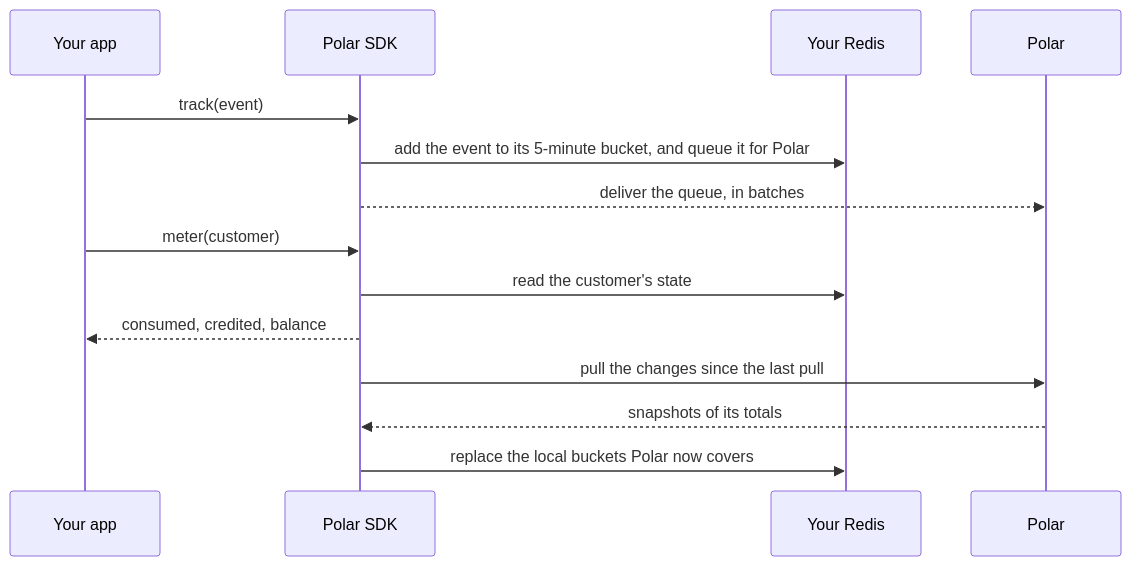
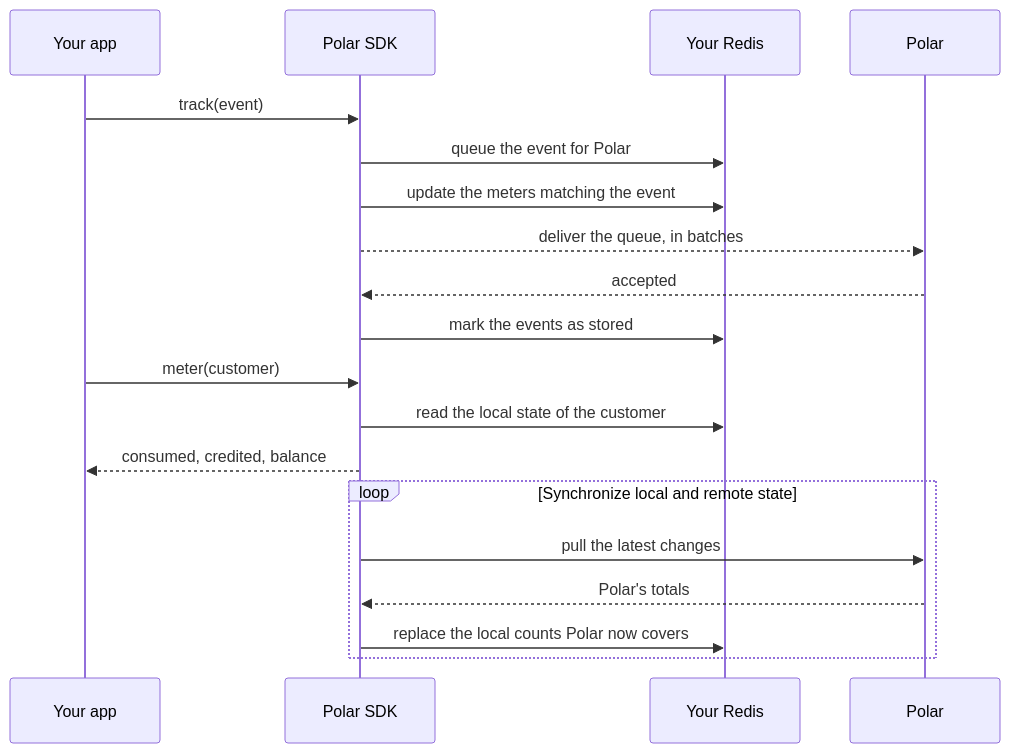
One commit to polarsource/polar changed the diagram in docs/features/outpost.mdx. Above: the diagram before and after it, drawn with Mermaid. The commit also changed other lines of this file, not shown here.

Commit message:
docs: describe Outpost with the event queue from the ENG-100 SDK refactor

````diff
--- a/docs/features/outpost.mdx
+++ b/docs/features/outpost.mdx
@@ -26,17 +32,22 @@
 ```mermaid
 sequenceDiagram
     participant App as Your app
     participant SDK as Polar SDK
     participant Redis as Your Redis
     participant Polar
 
     App->>SDK: track(event)
-    SDK->>Redis: add the event to its 5-minute bucket, and queue it for Polar
+    SDK->>Redis: queue the event for Polar
+    SDK->>Redis: update the meters matching the event
     SDK-->>Polar: deliver the queue, in batches
+    Polar-->>SDK: accepted
+    SDK->>Redis: mark the events as stored
     App->>SDK: meter(customer)
-    SDK->>Redis: read the customer's state
+    SDK->>Redis: read the local state of the customer
     SDK-->>App: consumed, credited, balance
-    SDK->>Polar: pull the changes since the last pull
-    Polar-->>SDK: snapshots of its totals
-    SDK->>Redis: replace the local buckets Polar now covers
+    loop Synchronize local and remote state
+        SDK->>Polar: pull the latest changes
+        Polar-->>SDK: Polar's totals
+        SDK->>Redis: replace the local counts Polar now covers
+    end
 ```
````
